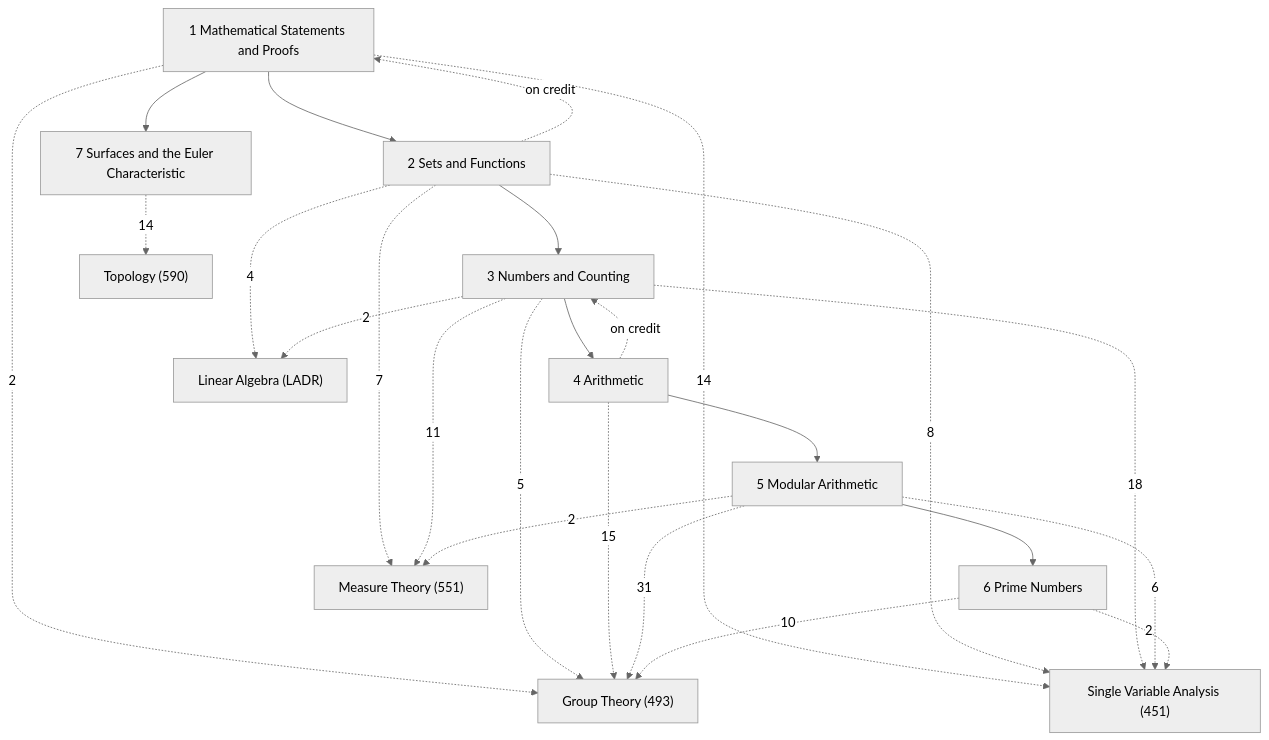
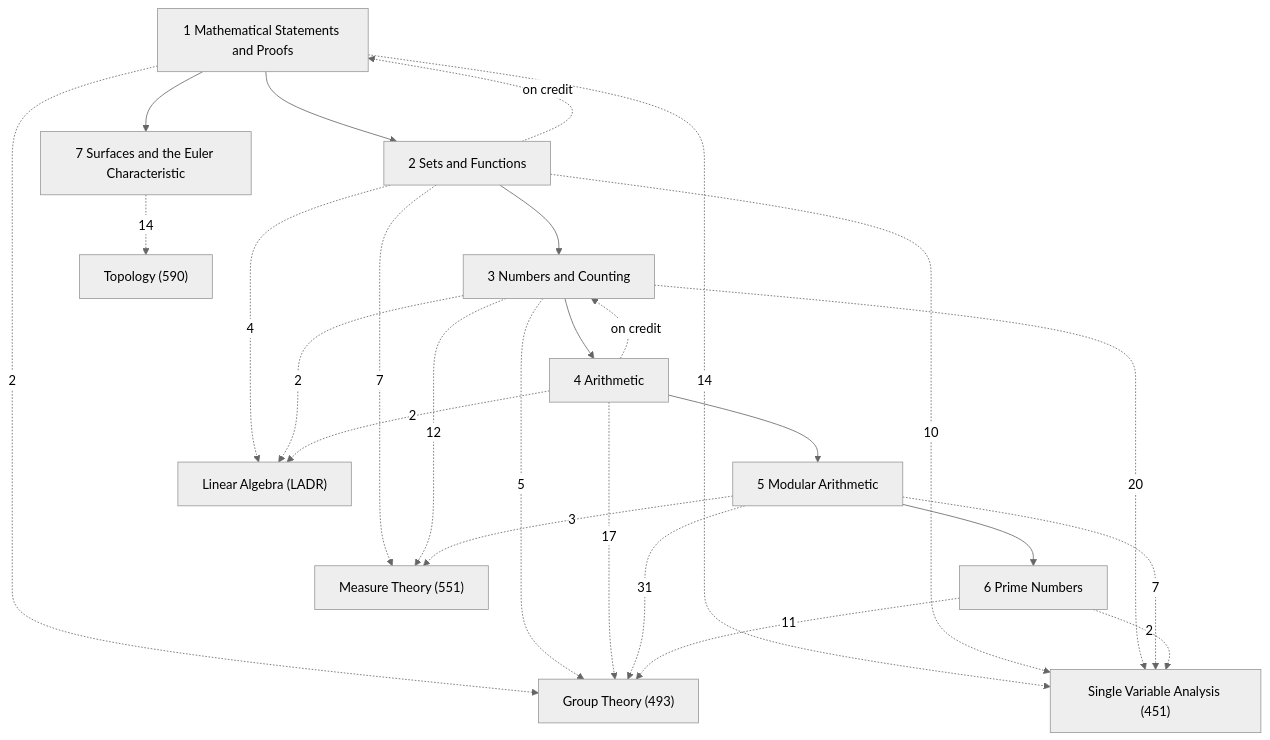
The diagram in Math/Logic and Proofs/Logic and Proofs.md (Onion20040508/notes), drawn with Mermaid (neutral theme) before and after one commit. The commit also changed other lines of this file and 366 other files, not shown here.

````diff
--- a/Math/Logic and Proofs/Logic and Proofs.md
+++ b/Math/Logic and Proofs/Logic and Proofs.md
@@ -22,39 +22,40 @@
 ```mermaid
 graph TD
   C1["1 Mathematical Statements and Proofs"]
   C2["2 Sets and Functions"]
   C3["3 Numbers and Counting"]
   C4["4 Arithmetic"]
   C5["5 Modular Arithmetic"]
   C6["6 Prime Numbers"]
   C7["7 Surfaces and the Euler Characteristic"]
   X1["Single Variable Analysis (451)"]
   X2["Group Theory (493)"]
   X3["Measure Theory (551)"]
   X4["Linear Algebra (LADR)"]
   X5["Topology (590)"]
   C1 --> C2
   C1 --> C7
   C2 --> C3
   C3 --> C4
   C4 --> C5
   C5 --> C6
   C2 -.->|on credit| C1
   C4 -.->|on credit| C3
   C1 -.->|2| X2
   C1 -.->|14| X1
   C2 -.->|4| X4
   C2 -.->|7| X3
-  C2 -.->|8| X1
+  C2 -.->|10| X1
   C3 -.->|5| X2
   C3 -.->|2| X4
-  C3 -.->|11| X3
-  C3 -.->|18| X1
-  C4 -.->|15| X2
+  C3 -.->|12| X3
+  C3 -.->|20| X1
+  C4 -.->|17| X2
+  C4 -.->|2| X4
   C5 -.->|31| X2
-  C5 -.->|2| X3
-  C5 -.->|6| X1
-  C6 -.->|10| X2
+  C5 -.->|3| X3
+  C5 -.->|7| X1
+  C6 -.->|11| X2
   C6 -.->|2| X1
   C7 -.->|14| X5
 ```
````
